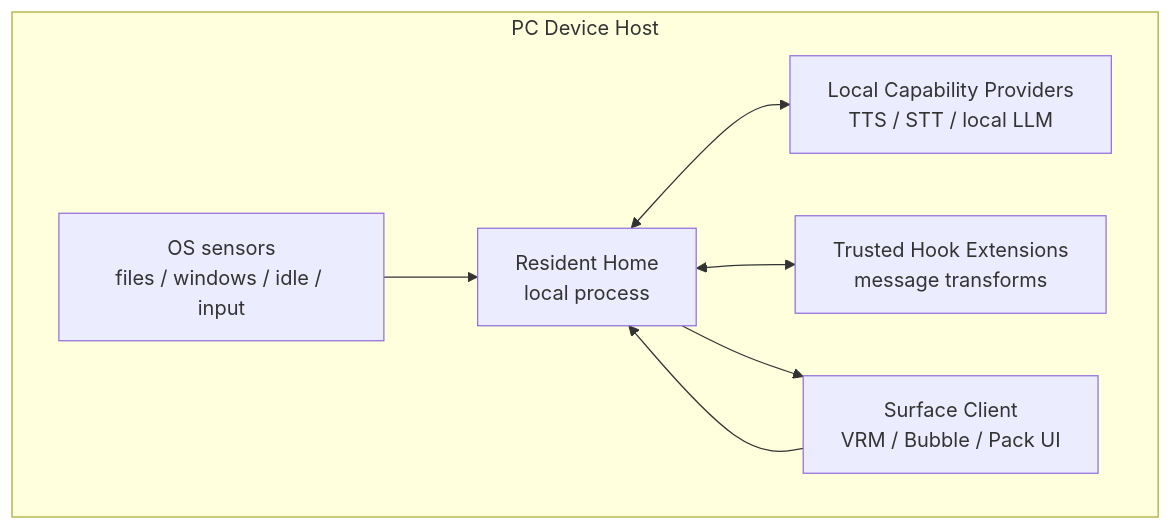
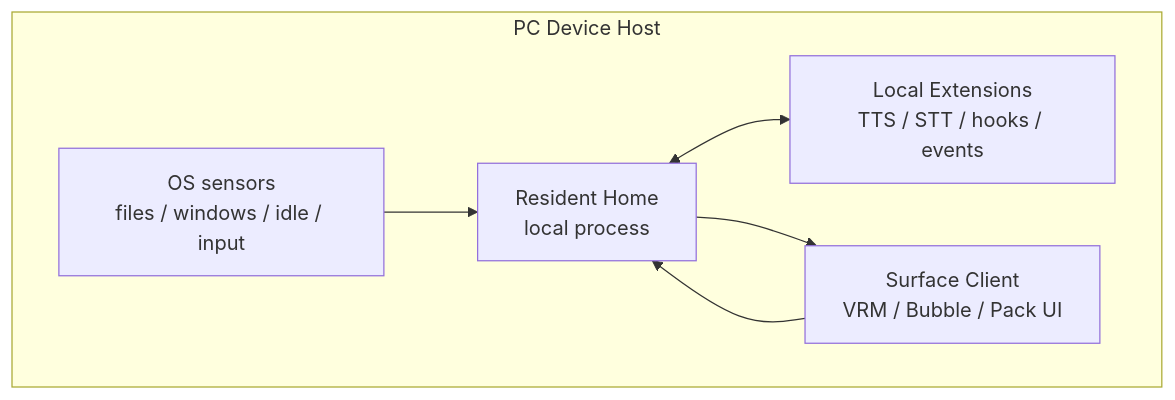
Before and after one commit to minimarimo3/yuukeiV2: the first of 3 diagrams in 02-architecture.md, drawn with Mermaid. The commit also changed other lines of this file and 39 other files, not shown here.

````diff
--- a/02-architecture.md
+++ b/02-architecture.md
@@ -103,16 +95,14 @@
 ```mermaid
 flowchart TB
   subgraph Device["PC Device Host"]
     Sensors["OS sensors\nfiles / windows / idle / input"]
-    LocalCaps["Local Capability Providers\nTTS / STT / local LLM"]
-    LocalExt["Trusted Hook Extensions\nmessage transforms"]
+    LocalExt["Local Extensions\nTTS / STT / hooks / events"]
     Surface["Surface Client\nVRM / Bubble / Pack UI"]
     Home["Resident Home\nlocal process"]
   end
 
   Sensors --> Home
-  Home <--> LocalCaps
   Home <--> LocalExt
   Home --> Surface
   Surface --> Home
 ```
````
